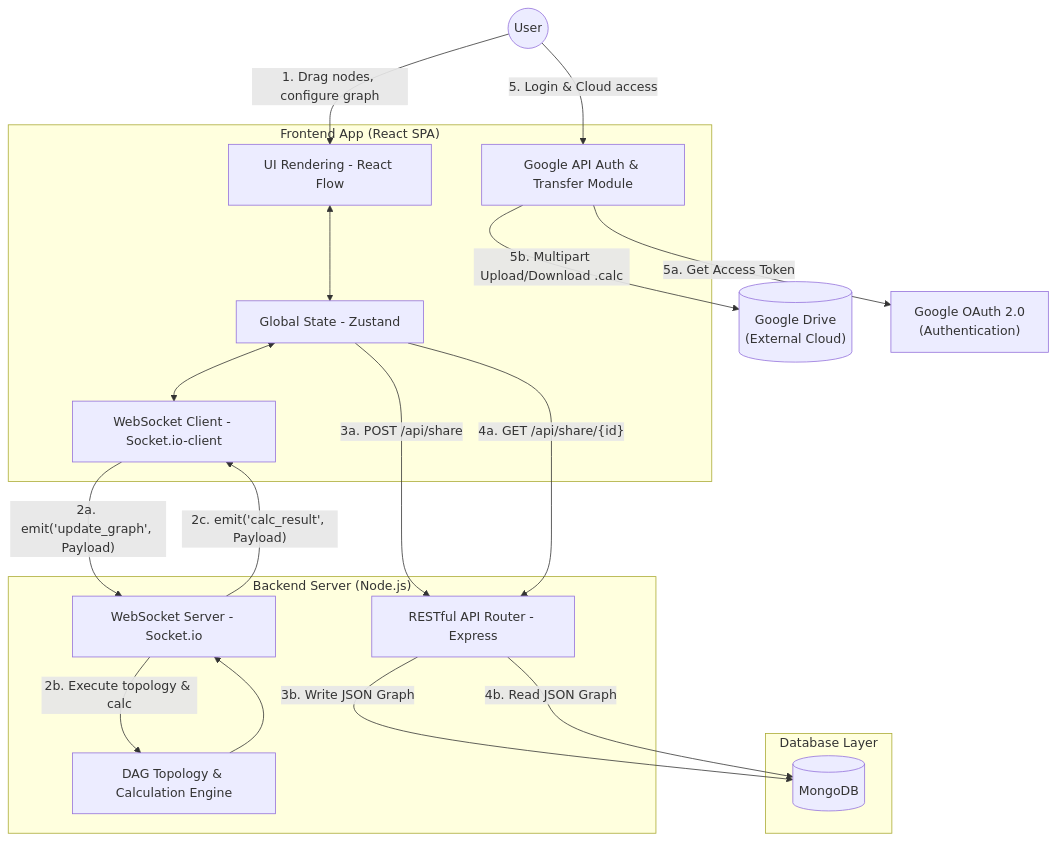
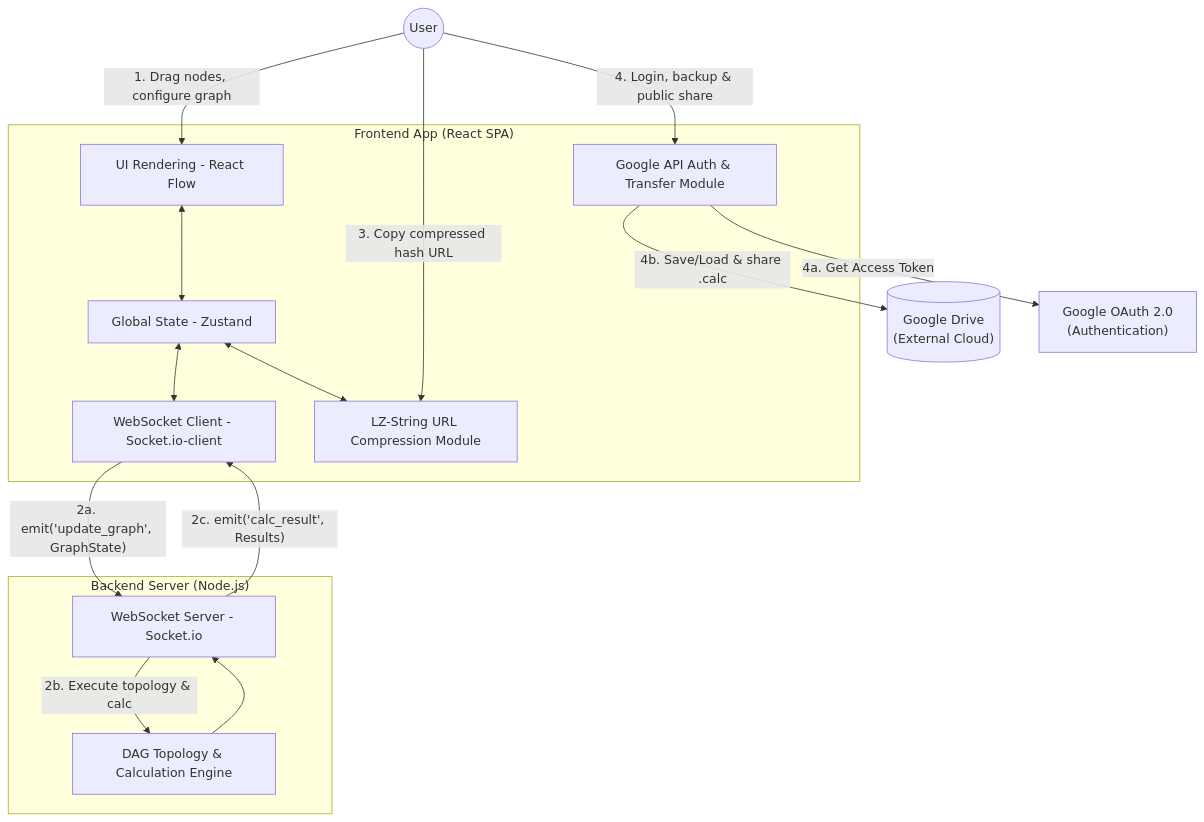
Before and after one commit to shengyucs/114-2_WebAPP_Team10: the first of 2 diagrams in reference/Software Requirement Specificat.md, drawn with Mermaid. The commit also changed other lines of this file and 2 other files, not shown here.

Commit message:
docs: add implementation plan and software requirements for stateless decentralized architecture

````diff
--- a/reference/Software Requirement Specificat.md
+++ b/reference/Software Requirement Specificat.md
@@ -25,44 +29,36 @@
 ```mermaid
 flowchart TB
     User((User))
     GoogleDrive[("Google Drive\n(External Cloud)")]
     GoogleAuth["Google OAuth 2.0\n(Authentication)"]
 
     subgraph Frontend ["Frontend App (React SPA)"]
         UI[UI Rendering - React Flow]
         State[Global State - Zustand]
         WS_Client[WebSocket Client - Socket.io-client]
         Drive_Client[Google API Auth & Transfer Module]
+        Share_Module[LZ-String URL Compression Module]
     end
 
     subgraph Backend ["Backend Server (Node.js)"]
         WS_Server[WebSocket Server - Socket.io]
-        REST_API[RESTful API Router - Express]
         Engine[DAG Topology & Calculation Engine]
     end
 
-    subgraph Database ["Database Layer"]
-        Mongo[(MongoDB)]
-    end
-
     User -- "1. Drag nodes, configure graph" --> UI
-    User -- "5. Login & Cloud access" --> Drive_Client
+    User -- "4. Login, backup & public share" --> Drive_Client
 
     UI <--> State
     State <--> WS_Client
+    State <--> Share_Module
 
-    WS_Client -- "2a. emit('update_graph', Payload)" --> WS_Server
-    WS_Server -- "2c. emit('calc_result', Payload)" --> WS_Client
-
-    State -- "3a. POST /api/share" --> REST_API
-    State -- "4a. GET /api/share/{id}" --> REST_API
+    WS_Client -- "2a. emit('update_graph', GraphState)" --> WS_Server
+    WS_Server -- "2c. emit('calc_result', Results)" --> WS_Client
 
     WS_Server -- "2b. Execute topology & calc" --> Engine
     Engine --> WS_Server
 
-    REST_API -- "3b. Write JSON Graph" --> Mongo
-    REST_API -- "4b. Read JSON Graph" --> Mongo
-
-    Drive_Client -- "5a. Get Access Token" --> GoogleAuth
-    Drive_Client -- "5b. Multipart Upload/Download .calc" --> GoogleDrive
+    Drive_Client -- "4a. Get Access Token" --> GoogleAuth
+    Drive_Client -- "4b. Save/Load & share .calc" --> GoogleDrive
+    User -- "3. Copy compressed hash URL" --> Share_Module
 ```
````
